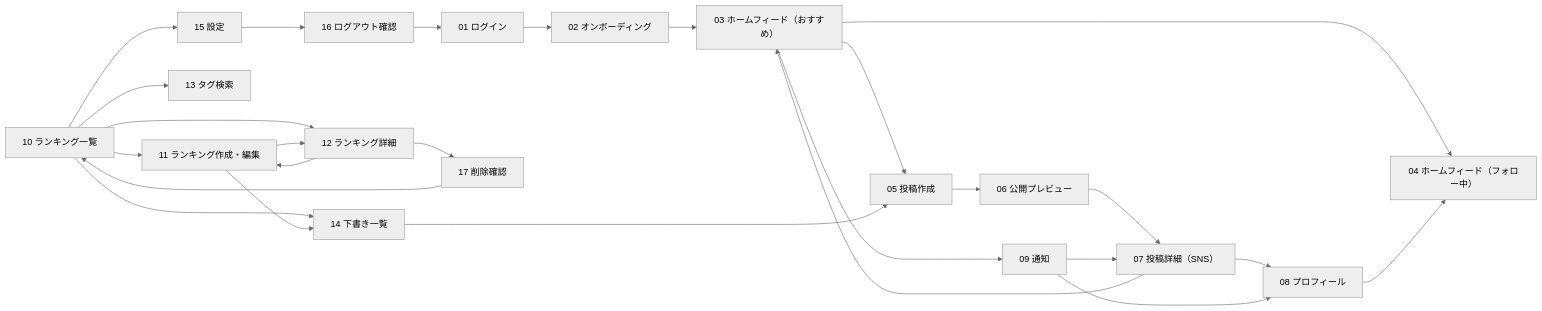
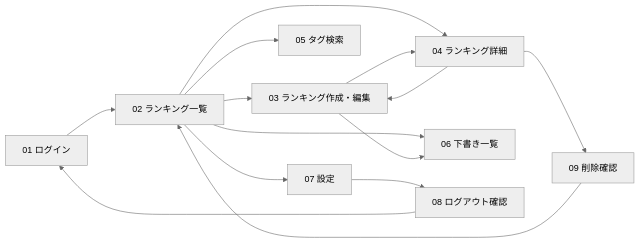
One commit to 777AI777/Development-practice changed the diagram in okiny-web/docs/screen-transition.md. Above: the diagram before and after it, drawn with Mermaid (neutral theme). The commit also changed other lines of this file and 43 other files, not shown here.

````diff
--- a/okiny-web/docs/screen-transition.md
+++ b/okiny-web/docs/screen-transition.md
@@ -29,30 +21,17 @@
 ```mermaid
 flowchart LR
-  L01["01 ログイン"] --> L02["02 オンボーディング"]
-  L02 --> L03["03 ホームフィード（おすすめ）"]
-  L03 --> L04["04 ホームフィード（フォロー中）"]
-  L03 --> L05["05 投稿作成"]
-  L05 --> L06["06 公開プレビュー"]
-  L06 --> L07["07 投稿詳細（SNS）"]
-  L07 --> L03
-  L07 --> L08["08 プロフィール"]
-  L03 --> L09["09 通知"]
-  L09 --> L07
-  L09 --> L08
+  L01["01 ログイン"] --> L02["02 ランキング一覧"]
 
-  L10["10 ランキング一覧"] --> L11["11 ランキング作成・編集"]
-  L10 --> L12["12 ランキング詳細"]
-  L10 --> L13["13 タグ検索"]
-  L10 --> L14["14 下書き一覧"]
-  L10 --> L15["15 設定"]
-  L11 --> L12
-  L11 --> L14
-  L12 --> L11
-  L12 --> L17["17 削除確認"]
-  L17 --> L10
-  L15 --> L16["16 ログアウト確認"]
-  L16 --> L01
-
-  L14 --> L05
-  L08 --> L04
+  L02 --> L03["03 ランキング作成・編集"]
+  L02 --> L04["04 ランキング詳細"]
+  L02 --> L05["05 タグ検索"]
+  L02 --> L06["06 下書き一覧"]
+  L02 --> L07["07 設定"]
+  L03 --> L04
+  L03 --> L06
+  L04 --> L03
+  L04 --> L09["09 削除確認"]
+  L09 --> L02
+  L07 --> L08["08 ログアウト確認"]
+  L08 --> L01
 ```
````
